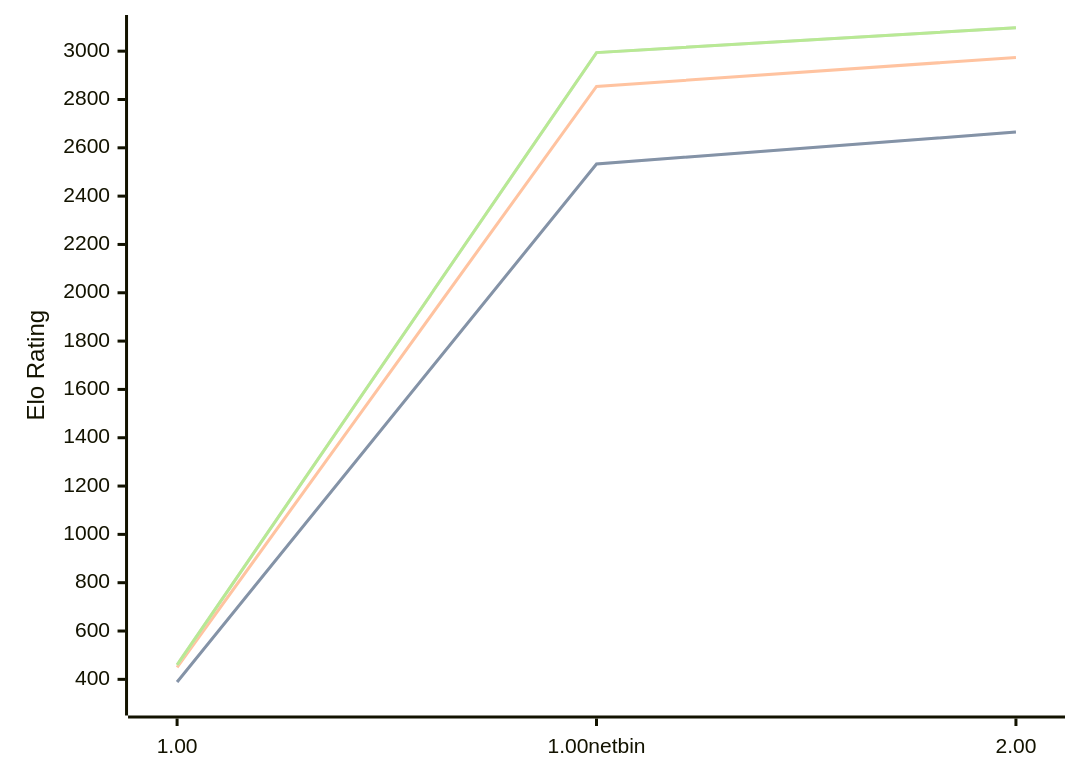
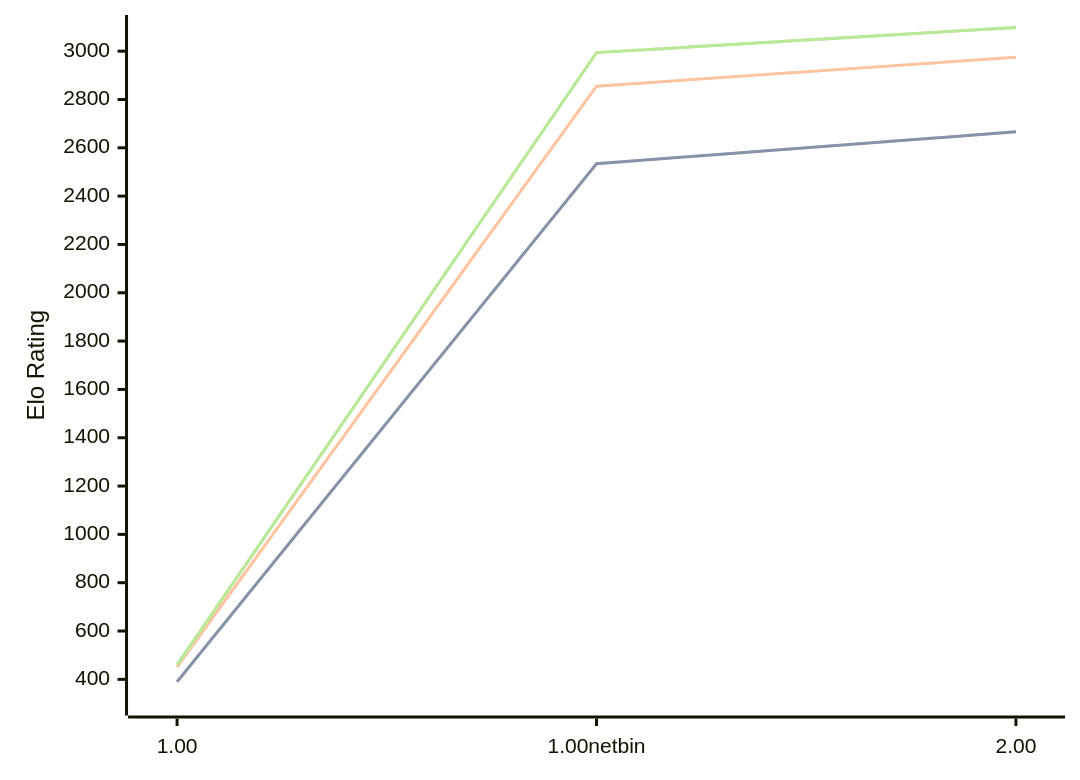
The diagram in engines/Gilipol.md (computer-chess-index/cci), drawn with Mermaid before and after one commit. The commit also changed other lines of this file, not shown here.

Commit message:
Update CCI Ratings (ELO VLTC) - 2026-07-25

````diff
--- a/engines/Gilipol.md
+++ b/engines/Gilipol.md
@@ -33,11 +33,11 @@
 ```mermaid
 %%{init: {"theme":"base","themeVariables":{"seriesColors:['#a3a3a3','#222221','#faa371']}}}%%
 xychart-beta
   x-axis ["1.00", "1.00netbin", "2.00"]
   y-axis "Elo Rating" 300 --> 3100
-  line "STC (8.0+0.08s)" [389, 2533, 2665]
-  line "STC (8.0+0.08s)" [389, 2533, 2665]
-  line "LTC (60.0+0.60s)" [450, 2854, 2974]
-  line "VLTC (2m24s+1.12s)" [460, 2994, 3097]
-  line "VLTC (2m24s+1.12s)" [460, 2994, 3097]
+  line "STC (8.0+0.08s)" [390, 2534, 2666]
+  line "STC (8.0+0.08s)" [390, 2534, 2666]
+  line "LTC (60.0+0.60s)" [451, 2855, 2975]
+  line "VLTC (2m24s+1.12s)" [460, 2994, 3098]
+  line "VLTC (2m24s+1.12s)" [460, 2994, 3098]
 ```
````
